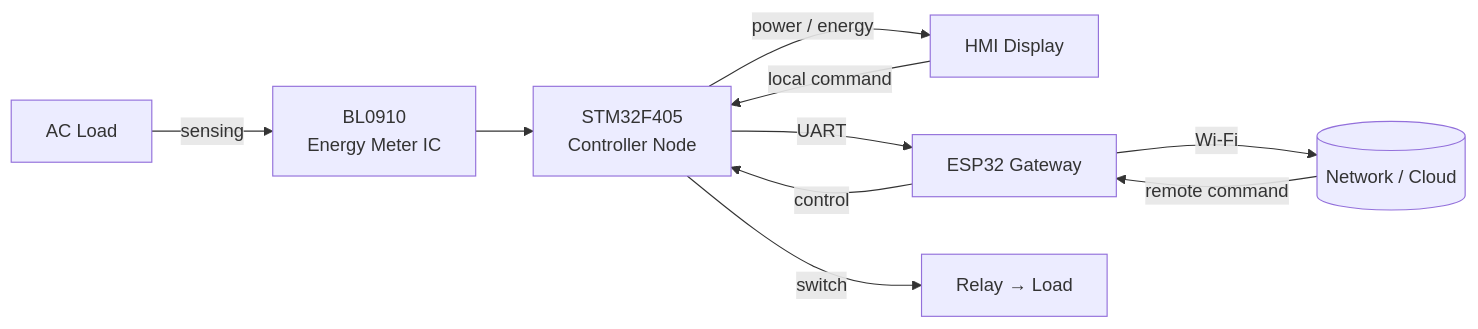
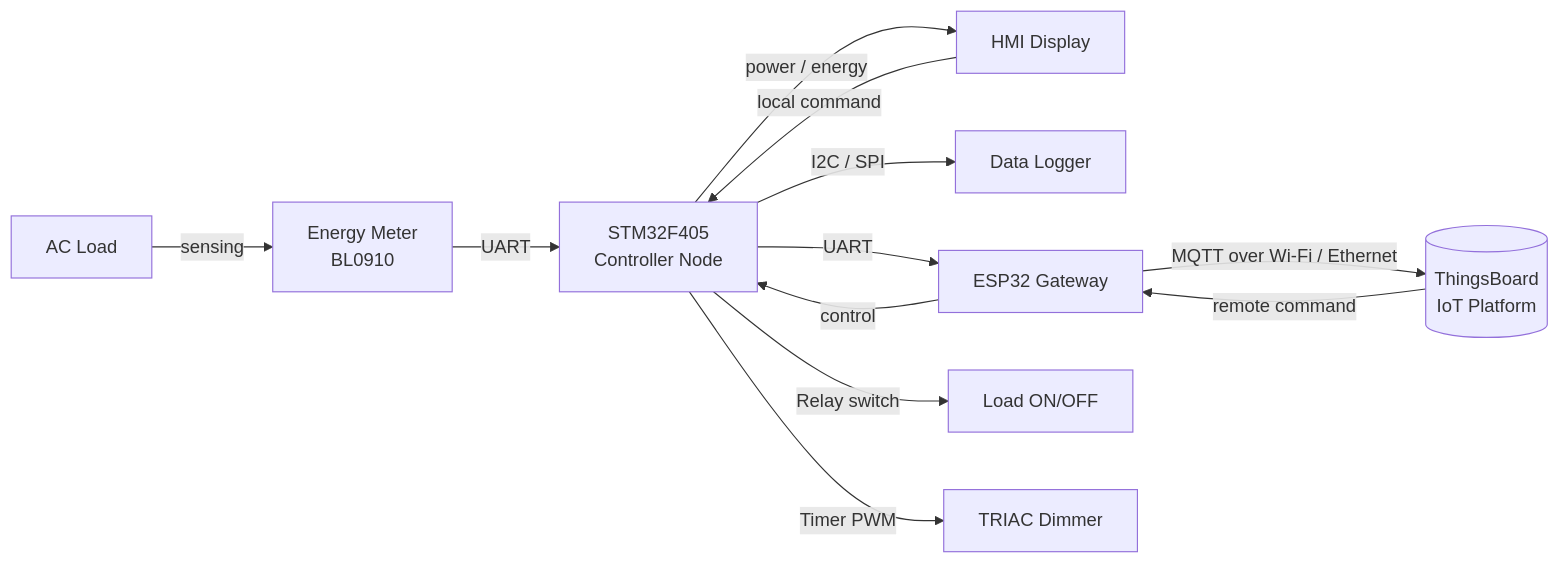
The diagram in README.md (MunyratanakBrorn/Smart-Electrical-Energy-Management-System), drawn with Mermaid before and after one commit. The commit also changed other lines of this file, not shown here.

````diff
--- a/README.md
+++ b/README.md
@@ -83,12 +91,14 @@
 ```mermaid
 flowchart LR
-    A[AC Load] -->|sensing| B[BL0910<br/>Energy Meter IC]
-    B --> C[STM32F405<br/>Controller Node]
+    A[AC Load] -->|sensing| B[Energy Meter<br/>BL0910]
+    B -->|UART| C[STM32F405<br/>Controller Node]
     C -->|power / energy| D[HMI Display]
+    C -->|I2C / SPI| H[Data Logger]
     C -->|UART| E[ESP32 Gateway]
-    E -->|Wi-Fi| F[(Network / Cloud)]
+    E -->|MQTT over Wi-Fi / Ethernet| F[(ThingsBoard<br/>IoT Platform)]
     F -->|remote command| E
     D -->|local command| C
     E -->|control| C
-    C -->|switch| G[Relay → Load]
+    C -->|Relay switch| G[Load ON/OFF]
+    C -->|Timer PWM| I[TRIAC Dimmer]
 ```
````
